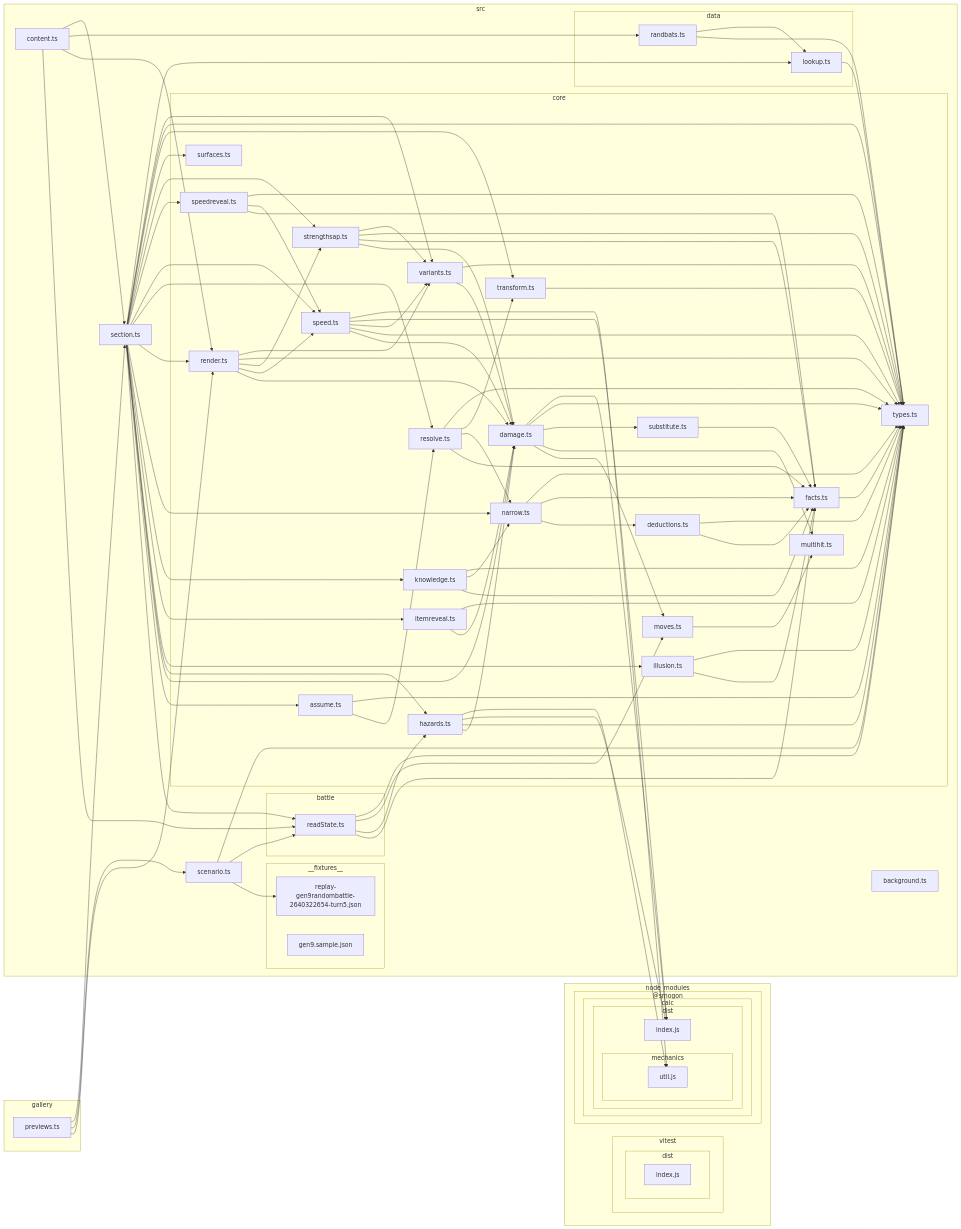
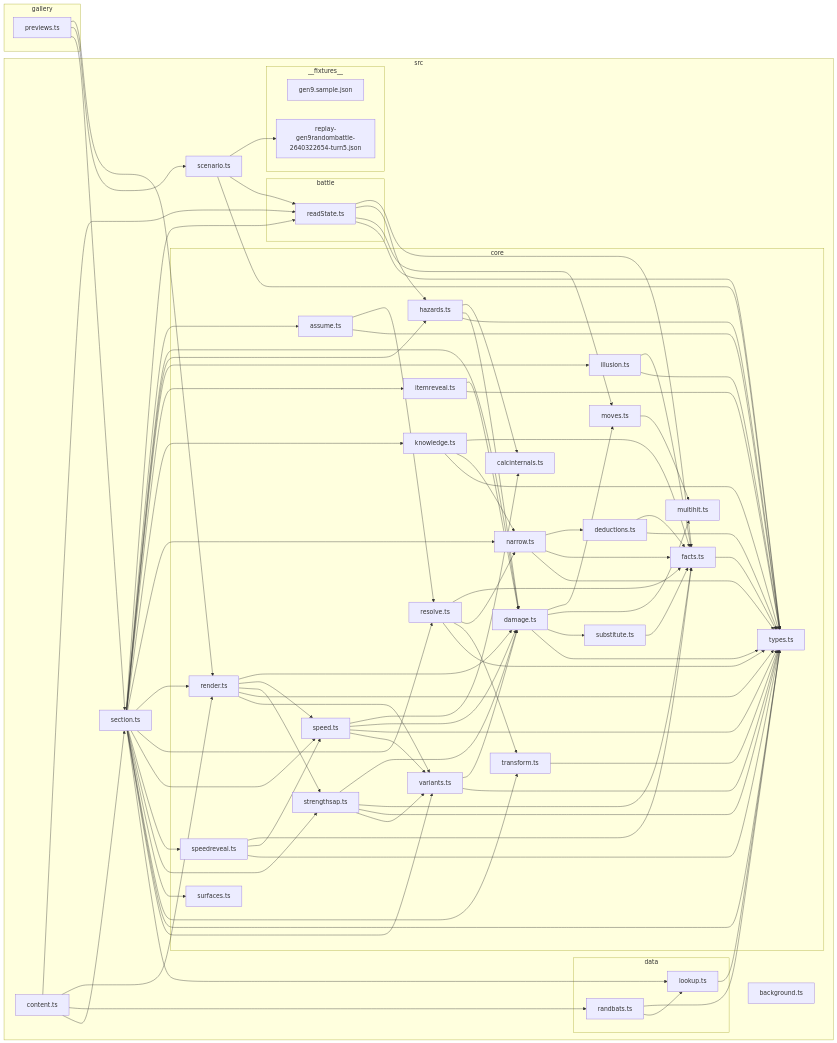
The diagram in docs/architecture-graph.md (seanaujong/hi-chu), drawn with Mermaid before and after one commit. The commit also changed other lines of this file and 7 other files, not shown here.

````diff
--- a/docs/architecture-graph.md
+++ b/docs/architecture-graph.md
@@ -23,142 +23,123 @@
 subgraph 3["core"]
 4["render.ts"]
 5["damage.ts"]
-B["moves.ts"]
-C["multihit.ts"]
-D["substitute.ts"]
-E["facts.ts"]
-F["types.ts"]
-G["speed.ts"]
-J["variants.ts"]
-K["strengthsap.ts"]
-Q["hazards.ts"]
-S["assume.ts"]
-T["resolve.ts"]
-U["narrow.ts"]
-V["deductions.ts"]
-W["transform.ts"]
-X["illusion.ts"]
-Y["itemreveal.ts"]
-Z["knowledge.ts"]
-10["speedreveal.ts"]
-11["surfaces.ts"]
+6["moves.ts"]
+7["multihit.ts"]
+8["substitute.ts"]
+9["facts.ts"]
+A["types.ts"]
+B["speed.ts"]
+C["calcinternals.ts"]
+D["variants.ts"]
+E["strengthsap.ts"]
+K["hazards.ts"]
+M["assume.ts"]
+N["resolve.ts"]
+O["narrow.ts"]
+P["deductions.ts"]
+Q["transform.ts"]
+R["illusion.ts"]
+S["itemreveal.ts"]
+T["knowledge.ts"]
+U["speedreveal.ts"]
+V["surfaces.ts"]
 end
-L["scenario.ts"]
-subgraph M["__fixtures__"]
-N["replay-gen9randombattle-2640322654-turn5.json"]
-1A["gen9.sample.json"]
+F["scenario.ts"]
+subgraph G["__fixtures__"]
+H["replay-gen9randombattle-2640322654-turn5.json"]
+11["gen9.sample.json"]
 end
-subgraph O["battle"]
-P["readState.ts"]
+subgraph I["battle"]
+J["readState.ts"]
 end
-R["section.ts"]
-subgraph 12["data"]
-13["lookup.ts"]
-19["randbats.ts"]
+L["section.ts"]
+subgraph W["data"]
+X["lookup.ts"]
+10["randbats.ts"]
 end
-14["background.ts"]
-18["content.ts"]
-end
-subgraph 6["node_modules"]
-subgraph 7["@smogon"]
-subgraph 8["calc"]
-subgraph 9["dist"]
-A["index.js"]
-subgraph H["mechanics"]
-I["util.js"]
-end
-end
-end
-end
-subgraph 15["vitest"]
-subgraph 16["dist"]
-17["index.js"]
-end
-end
+Y["background.ts"]
+Z["content.ts"]
 end
 1-->4
+1-->F
 1-->L
-1-->R
 4-->5
-4-->G
-4-->K
-4-->F
-4-->J
-5-->B
-5-->C
-5-->D
-5-->F
+4-->B
+4-->E
+4-->A
+4-->D
+5-->6
+5-->7
+5-->8
 5-->A
+6-->7
+8-->9
+9-->A
 B-->C
-D-->E
-E-->F
-G-->5
-G-->F
-G-->J
-G-->A
-G-->I
-J-->5
-J-->F
+B-->5
+B-->A
+B-->D
+D-->5
+D-->A
+E-->5
+E-->9
+E-->A
+E-->D
+F-->H
+F-->J
+F-->A
+J-->9
+J-->K
+J-->6
+J-->A
+K-->C
 K-->5
-K-->E
-K-->F
-K-->J
+K-->A
+L-->J
+L-->M
+L-->5
+L-->K
+L-->R
+L-->S
+L-->T
+L-->O
+L-->4
 L-->N
-L-->P
-L-->F
-P-->E
-P-->Q
-P-->B
-P-->F
-Q-->5
-Q-->F
+L-->B
+L-->U
+L-->E
+L-->V
+L-->Q
+L-->A
+L-->D
+L-->X
+M-->N
+M-->A
+N-->9
+N-->O
+N-->Q
+N-->A
+O-->P
+O-->9
+O-->A
+P-->9
+P-->A
 Q-->A
-Q-->I
-R-->P
-R-->S
-R-->5
-R-->Q
-R-->X
-R-->Y
-R-->Z
-R-->U
-R-->4
-R-->T
-R-->G
-R-->10
-R-->K
-R-->11
-R-->W
-R-->F
-R-->J
-R-->13
-S-->T
-S-->F
-T-->E
-T-->U
-T-->W
-T-->F
-U-->V
-U-->E
-U-->F
-V-->E
-V-->F
-W-->F
-X-->E
-X-->F
-Y-->5
-Y-->F
-Z-->E
-Z-->U
-Z-->F
-10-->E
-10-->G
-10-->F
-13-->F
-18-->P
-18-->4
-18-->19
-18-->R
-19-->F
-19-->13
+R-->9
+R-->A
+S-->5
+S-->A
+T-->9
+T-->O
+T-->A
+U-->9
+U-->B
+U-->A
+X-->A
+Z-->J
+Z-->4
+Z-->10
+Z-->L
+10-->A
+10-->X
 ```
````
